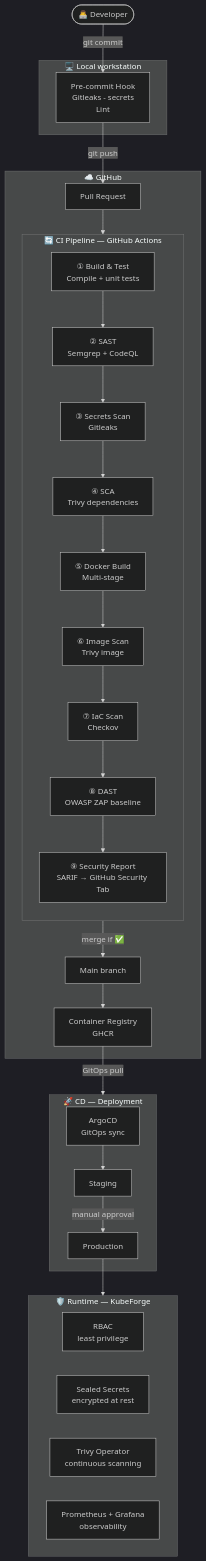
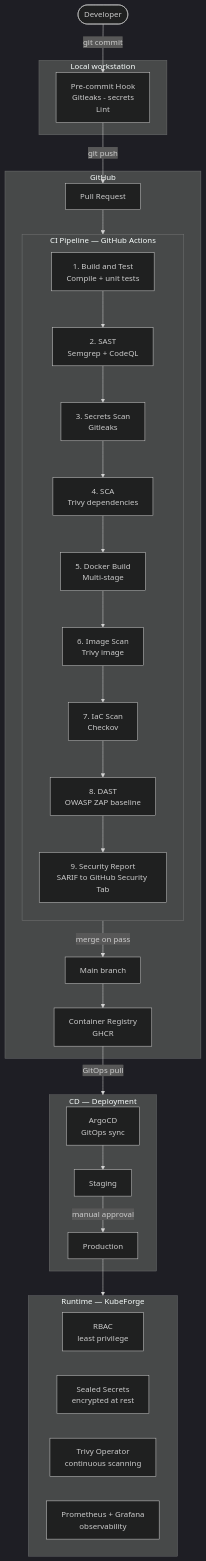
Before and after one commit to Richonn/PipelineForge: the diagram in ARCHITECTURE.md, drawn with Mermaid (dark theme). The commit also changed other lines of this file and 3 other files, not shown here.

````diff
--- a/ARCHITECTURE.md
+++ b/ARCHITECTURE.md
@@ -7,49 +7,49 @@
 ```mermaid
 flowchart TD
-    DEV([👨‍💻 Developer]) -->|git commit| HOOK
+    DEV([Developer]) -->|git commit| HOOK
 
-    subgraph LOCAL["🖥️ Local workstation"]
+    subgraph LOCAL["Local workstation"]
         HOOK[Pre-commit Hook\nGitleaks - secrets\nLint]
     end
 
     HOOK -->|git push| PR
 
-    subgraph GITHUB["☁️ GitHub"]
+    subgraph GITHUB["GitHub"]
         PR[Pull Request] --> CI
 
-        subgraph CI["🔄 CI Pipeline — GitHub Actions"]
+        subgraph CI["CI Pipeline — GitHub Actions"]
             direction TB
-            S1[① Build & Test\nCompile + unit tests]
-            S2[② SAST\nSemgrep + CodeQL]
-            S3[③ Secrets Scan\nGitleaks]
-            S4[④ SCA\nTrivy dependencies]
-            S5[⑤ Docker Build\nMulti-stage]
-            S6[⑥ Image Scan\nTrivy image]
-            S7[⑦ IaC Scan\nCheckov]
-            S8[⑧ DAST\nOWASP ZAP baseline]
-            S9[⑨ Security Report\nSARIF → GitHub Security Tab]
+            S1[1. Build and Test\nCompile + unit tests]
+            S2[2. SAST\nSemgrep + CodeQL]
+            S3[3. Secrets Scan\nGitleaks]
+            S4[4. SCA\nTrivy dependencies]
+            S5[5. Docker Build\nMulti-stage]
+            S6[6. Image Scan\nTrivy image]
+            S7[7. IaC Scan\nCheckov]
+            S8[8. DAST\nOWASP ZAP baseline]
+            S9[9. Security Report\nSARIF to GitHub Security Tab]
 
             S1 --> S2 --> S3 --> S4 --> S5 --> S6 --> S7 --> S8 --> S9
         end
 
-        S9 -->|merge if ✅| MAIN[Main branch]
+        S9 -->|merge on pass| MAIN[Main branch]
         MAIN --> REGISTRY[Container Registry\nGHCR]
     end
 
     REGISTRY -->|GitOps pull| CD
 
-    subgraph CD["🚀 CD — Deployment"]
+    subgraph CD["CD — Deployment"]
         ARGOCD[ArgoCD\nGitOps sync]
         ARGOCD --> STAGING[Staging]
         STAGING -->|manual approval| PROD[Production]
     end
 
-    subgraph RUNTIME["🛡️ Runtime — KubeForge"]
+    subgraph RUNTIME["Runtime — KubeForge"]
         RBAC[RBAC\nleast privilege]
         SEALED[Sealed Secrets\nencrypted at rest]
         TRIVY_OP[Trivy Operator\ncontinuous scanning]
         PROM[Prometheus + Grafana\nobservability]
     end
 
     PROD --> RUNTIME
 ```
````
